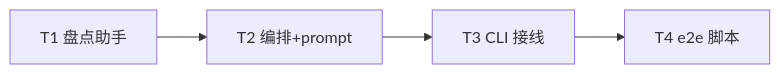
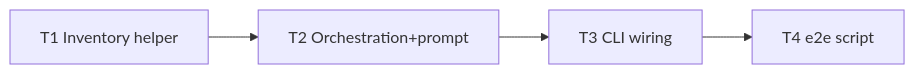
Before and after one commit to Curry09/OpenAgents: the diagram in docs/specs/0025-brownfield-backfill-rfc.md, drawn with Mermaid. The commit also changed other lines of this file and 461 other files, not shown here.

````diff
--- a/docs/specs/0025-brownfield-backfill-rfc.md
+++ b/docs/specs/0025-brownfield-backfill-rfc.md
@@ -116,6 +116,6 @@
 ```mermaid
 graph LR
-  T1[T1 盘点助手] --> T2[T2 编排+prompt]
-  T2 --> T3[T3 CLI 接线]
-  T3 --> T4[T4 e2e 脚本]
+  T1[T1 Inventory helper] --> T2[T2 Orchestration+prompt]
+  T2 --> T3[T3 CLI wiring]
+  T3 --> T4[T4 e2e script]
 ```
````
